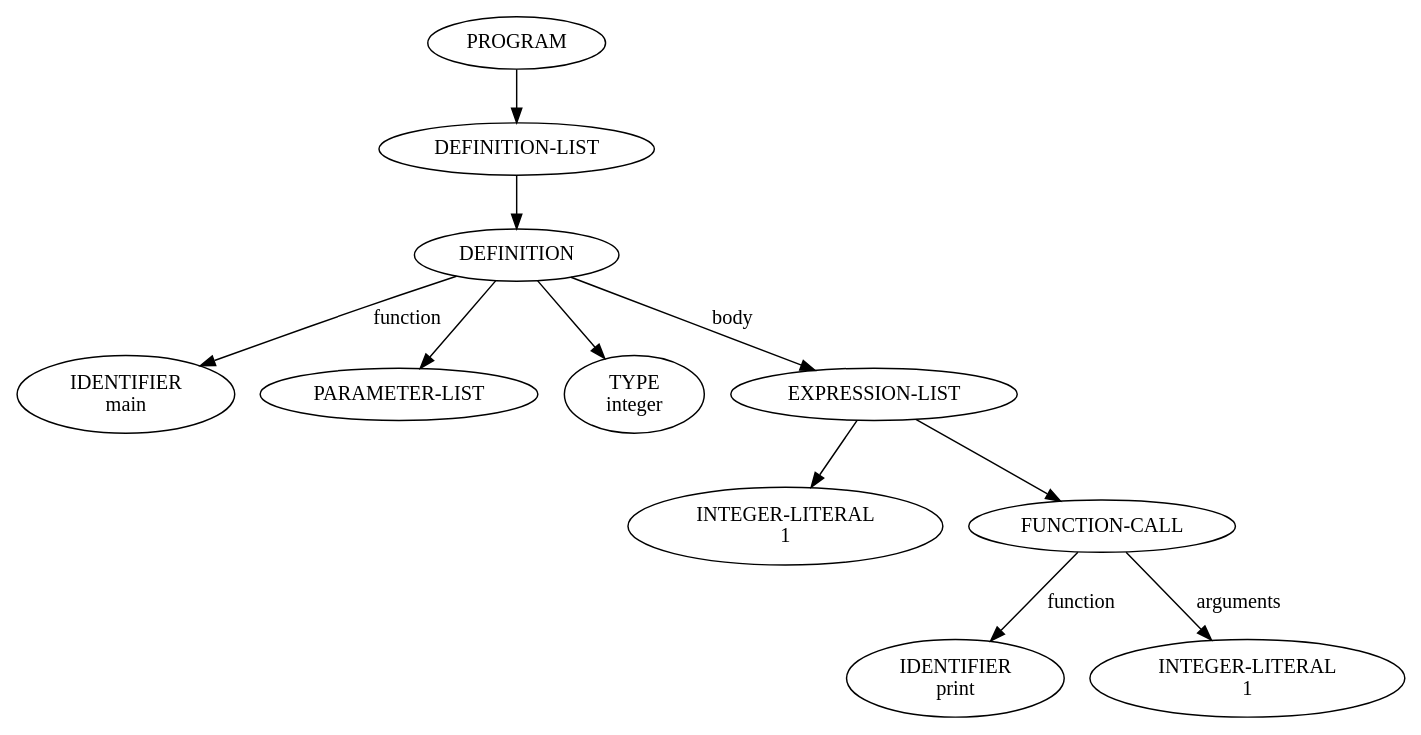
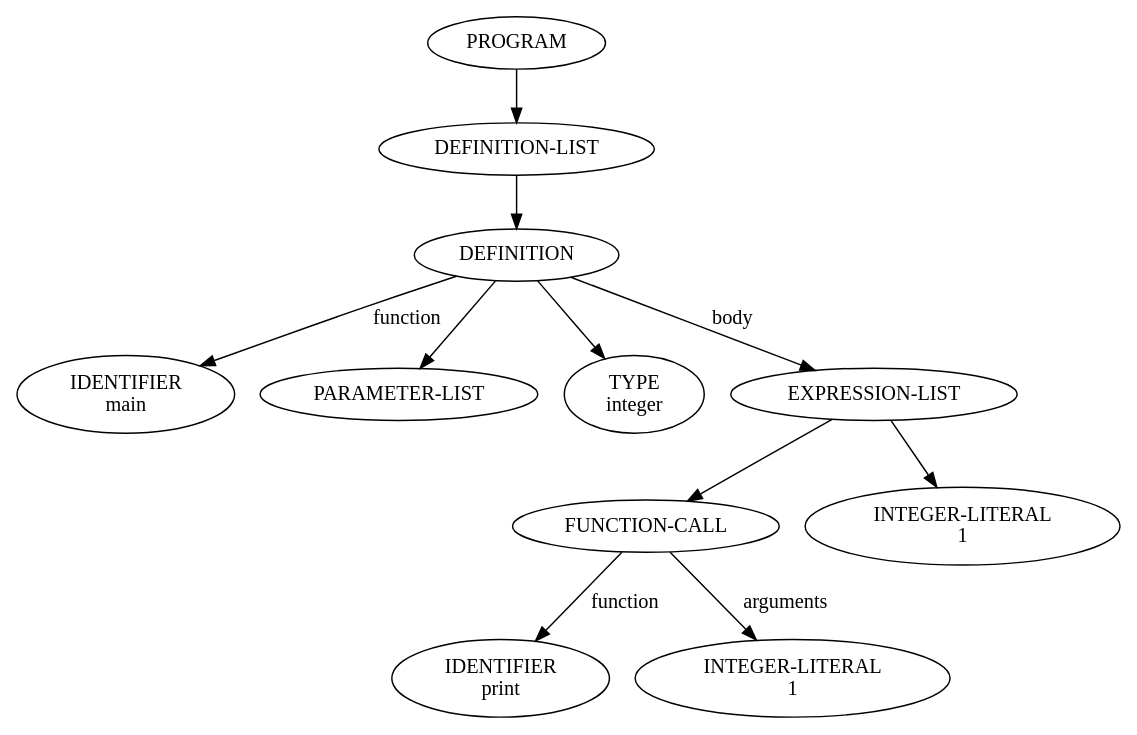
The diagram in doc/GraphOutputs/print-one_AST.dot (Petron84/Klein-compiler), drawn with Graphviz before and after one commit. The commit also changed 49 other files, not shown here.

```diff
--- a/doc/GraphOutputs/print-one_AST.dot
+++ b/doc/GraphOutputs/print-one_AST.dot
@@ -1,23 +1,23 @@
 digraph AST {
 node0 [label="PROGRAM"]
 node1 [label="DEFINITION-LIST"]
 node2 [label="DEFINITION"]
 node3 [label="IDENTIFIER\nmain"]
 node4 [label="PARAMETER-LIST"]
 node5 [label="TYPE\ninteger"]
 node6 [label="EXPRESSION-LIST"]
-node7 [label="INTEGER-LITERAL\n1"]
-node8 [label="FUNCTION-CALL"]
-node9 [label="IDENTIFIER\nprint"]
+node7 [label="FUNCTION-CALL"]
+node8 [label="IDENTIFIER\nprint"]
+node9 [label="INTEGER-LITERAL\n1"]
 node10 [label="INTEGER-LITERAL\n1"]
 node2 -> node3 [label="function"]
 node2 -> node4
 node2 -> node5
+node7 -> node8 [label="function"]
+node7 -> node9 [label="arguments"]
 node6 -> node7
-node8 -> node9 [label="function"]
-node8 -> node10 [label="arguments"]
-node6 -> node8
+node6 -> node10
 node2 -> node6 [label="body"]
 node1 -> node2
 node0 -> node1
 }
```
